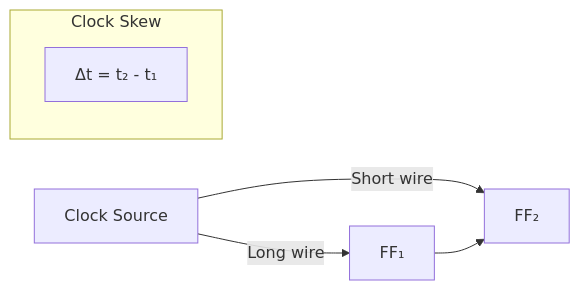
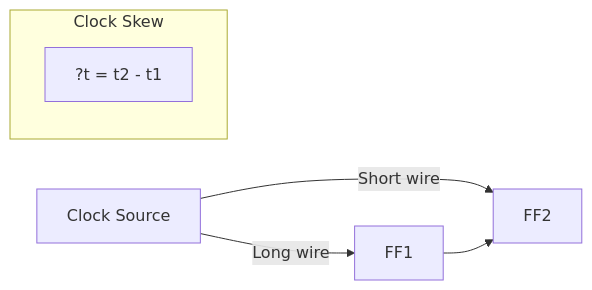
One commit to Raushan666java/ai-engineering-journey changed the eighth of 9 diagrams in docs/courses/digital-logic/06-sequential-circuits.md. Above: the diagram before and after it, drawn with Mermaid. The commit also changed other lines of this file and 790 other files, not shown here.

Commit message:
Sync all course diagram renders and content updates

````diff
--- a/docs/courses/digital-logic/06-sequential-circuits.md
+++ b/docs/courses/digital-logic/06-sequential-circuits.md
@@ -659,9 +659,9 @@
 ```mermaid
 graph LR
-    CLK_SRC[Clock Source] --> |Long wire| FF1[FF₁]
-    CLK_SRC --> |Short wire| FF2[FF₂]
+    CLK_SRC[Clock Source] --> |Long wire| FF1[FF1]
+    CLK_SRC --> |Short wire| FF2[FF2]
     subgraph "Clock Skew"
-        SK[Δt = t₂ - t₁]
+        SK[?t = t2 - t1]
     end
     FF1 --> FF2
 ```
````
